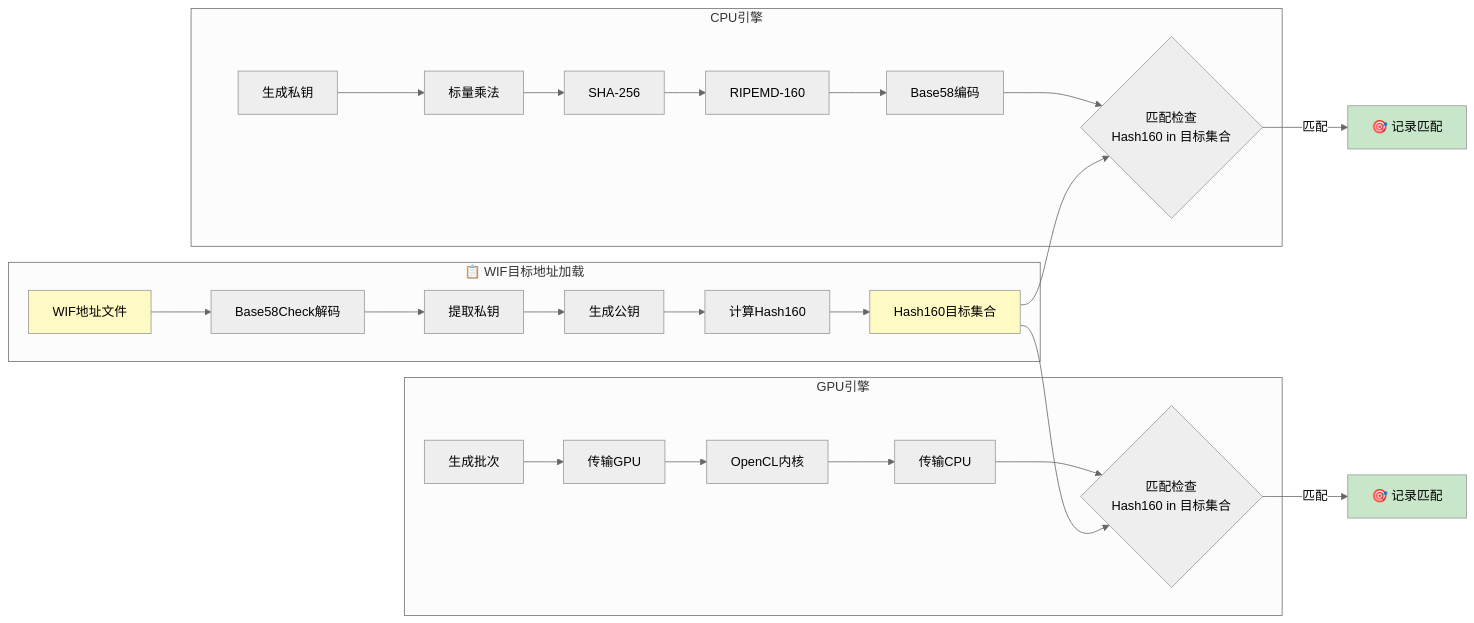
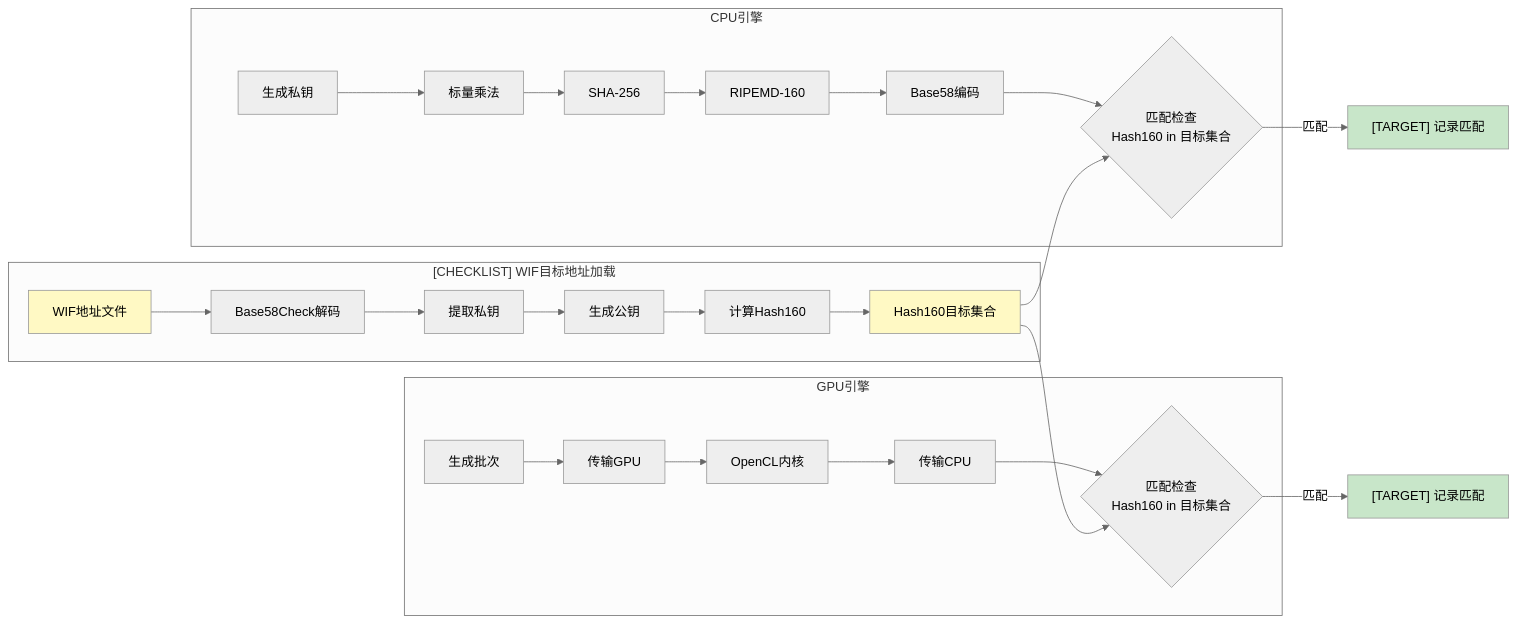
One commit to Pengkang-OP/btc-collision-engine changed the fourth of 7 diagrams in docs/archive/implementation-reports/BTC碰撞引擎项目设计分析报告.md. Above: the diagram before and after it, drawn with Mermaid (neutral theme). The commit also changed other lines of this file and 624 other files, not shown here.

````diff
--- a/docs/archive/implementation-reports/BTC碰撞引擎项目设计分析报告.md
+++ b/docs/archive/implementation-reports/BTC碰撞引擎项目设计分析报告.md
@@ -1008,36 +1008,36 @@
 ```mermaid
 flowchart LR
-    subgraph WIFLoad["📋 WIF目标地址加载"]
+    subgraph WIFLoad["[CHECKLIST] WIF目标地址加载"]
         W1["WIF地址文件"] --> W2["Base58Check解码"]
         W2 --> W3["提取私钥"]
         W3 --> W4["生成公钥"]
         W4 --> W5["计算Hash160"]
         W5 --> W6["Hash160目标集合"]
     end
     
     subgraph CPU["CPU引擎"]
         C1["生成私钥"] --> C2["标量乘法"]
         C2 --> C3["SHA-256"]
         C3 --> C4["RIPEMD-160"]
         C4 --> C5["Base58编码"]
         C5 --> C6{"匹配检查<br/>Hash160 in 目标集合"}
     end
     
     subgraph GPU["GPU引擎"]
         G1["生成批次"] --> G2["传输GPU"]
         G2 --> G3["OpenCL内核"]
         G3 --> G4["传输CPU"]
         G4 --> G5{"匹配检查<br/>Hash160 in 目标集合"}
     end
     
     W6 --> C6
     W6 --> G5
     
-    C6 -->|匹配| C7["🎯 记录匹配"]
-    G5 -->|匹配| G6["🎯 记录匹配"]
+    C6 -->|匹配| C7["[TARGET] 记录匹配"]
+    G5 -->|匹配| G6["[TARGET] 记录匹配"]
     
     style W1 fill:#fff9c4
     style W6 fill:#fff9c4
     style C7 fill:#c8e6c9
     style G6 fill:#c8e6c9
 ```
````
